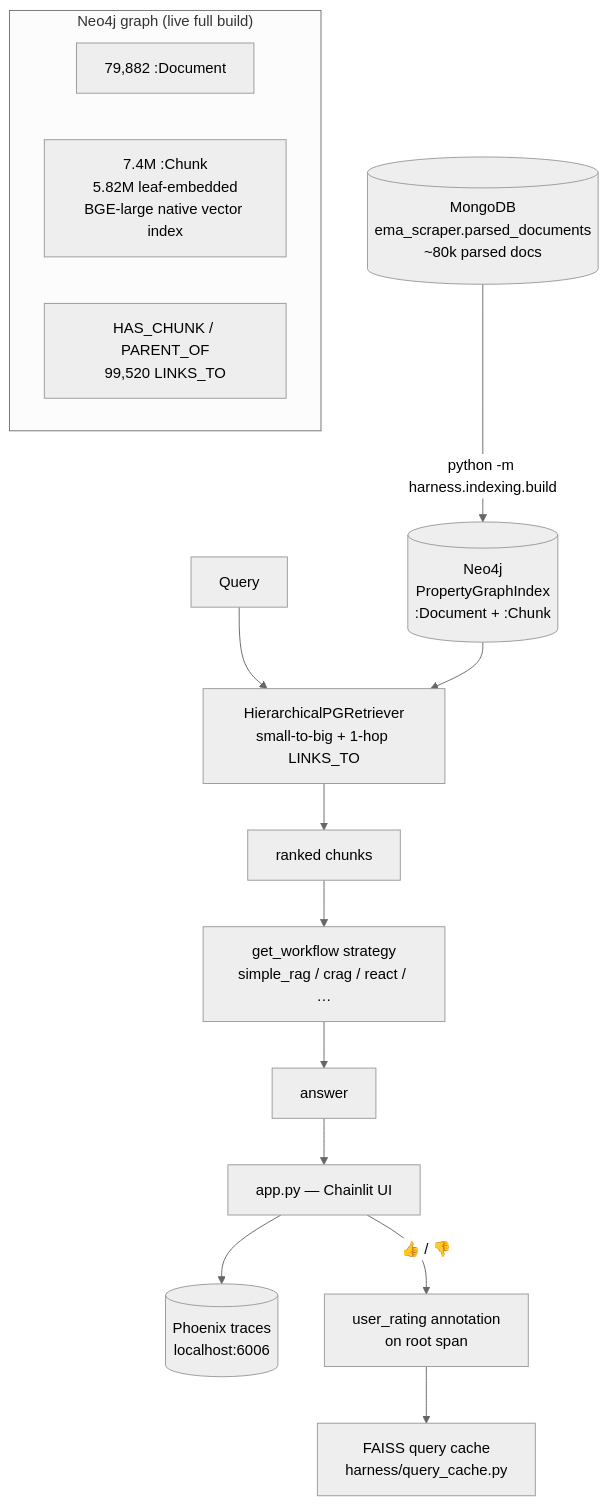
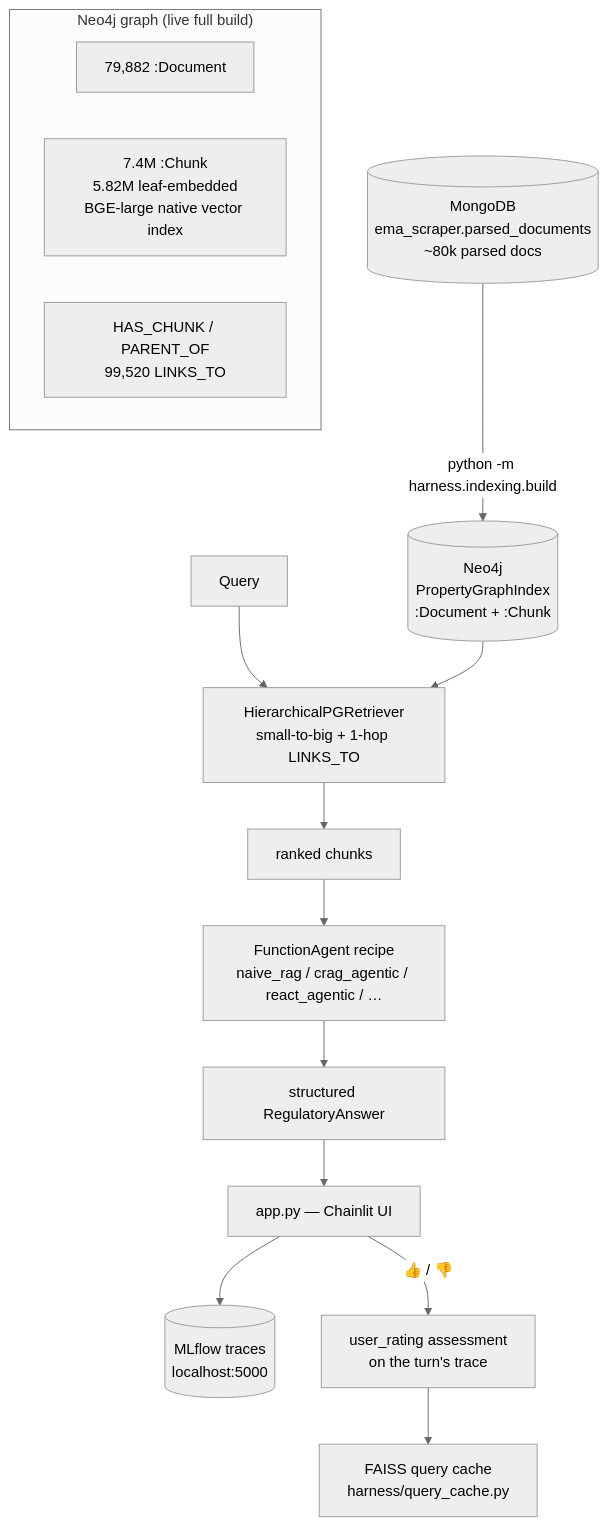
The first of 2 diagrams in docs/ONBOARDING.md (MoritzImendoerffer/ema_nlp), drawn with Mermaid (neutral theme) before and after one commit. The commit also changed other lines of this file and 124 other files, not shown here.

````diff
--- a/docs/ONBOARDING.md
+++ b/docs/ONBOARDING.md
@@ -28,22 +28,22 @@
 ```mermaid
 flowchart TD
     M[(MongoDB<br/>ema_scraper.parsed_documents<br/>~80k parsed docs)] -->|python -m harness.indexing.build| N4J[(Neo4j<br/>PropertyGraphIndex<br/>:Document + :Chunk)]
 
     subgraph N4J_DETAIL["Neo4j graph (live full build)"]
       D[79,882 :Document]
       CH[7.4M :Chunk<br/>5.82M leaf-embedded<br/>BGE-large native vector index]
       E[HAS_CHUNK / PARENT_OF<br/>99,520 LINKS_TO]
     end
 
     Q[Query] --> RET[HierarchicalPGRetriever<br/>small-to-big + 1-hop LINKS_TO]
     N4J --> RET
     RET --> DOCS[ranked chunks]
 
-    DOCS --> WF[get_workflow strategy<br/>simple_rag / crag / react / …]
-    WF --> ANS[answer]
+    DOCS --> WF[FunctionAgent recipe<br/>naive_rag / crag_agentic / react_agentic / …]
+    WF --> ANS[structured RegulatoryAnswer]
 
     ANS --> APP[app.py — Chainlit UI]
-    APP --> PHX[(Phoenix traces<br/>localhost:6006)]
-    APP -->|👍 / 👎| FB[user_rating annotation<br/>on root span]
+    APP --> PHX[(MLflow traces<br/>localhost:5000)]
+    APP -->|👍 / 👎| FB[user_rating assessment<br/>on the turn's trace]
     FB --> CACHE[FAISS query cache<br/>harness/query_cache.py]
 ```
````
